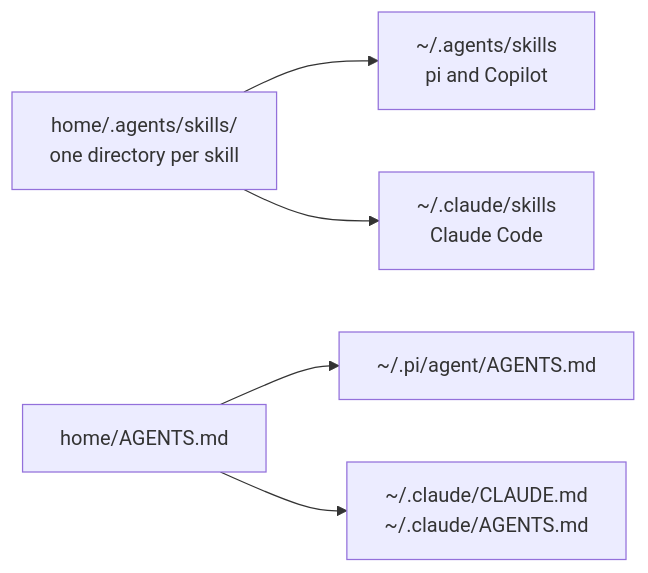
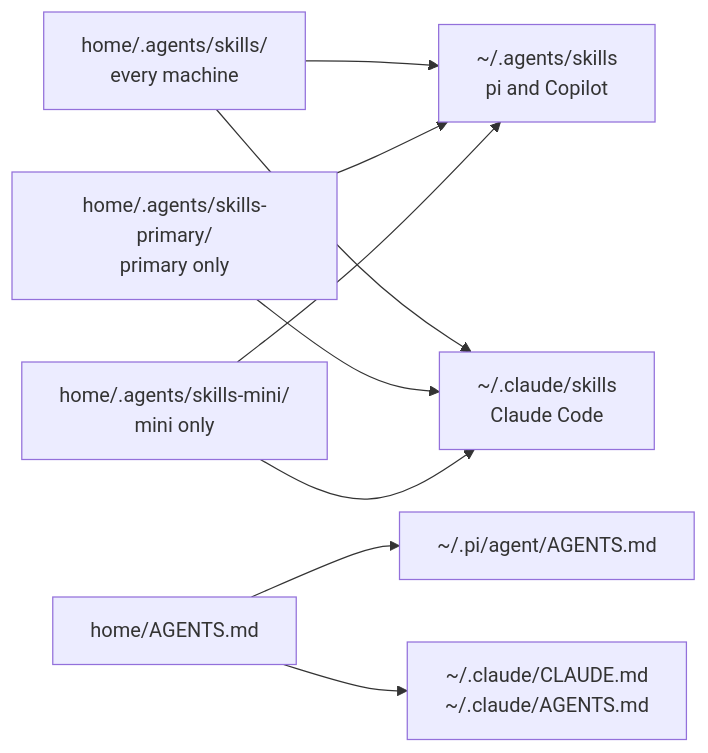
One commit to aditya-sathish-rao/agentic-dev-env changed the seventh of 10 diagrams in README.md. Above: the diagram before and after it, drawn with Mermaid. The commit also changed other lines of this file and 116 other files, not shown here.

Commit message:
added config file for laptop and mac mini added new skills (#2)

````diff
--- a/README.md
+++ b/README.md
@@ -381,7 +385,11 @@
 ```mermaid
 flowchart LR
-    SK["home/.agents/skills/<br/>one directory per skill"] --> A["~/.agents/skills<br/>pi and Copilot"]
+    SK["home/.agents/skills/<br/>every machine"] --> A["~/.agents/skills<br/>pi and Copilot"]
     SK --> B["~/.claude/skills<br/>Claude Code"]
+    SP["home/.agents/skills-primary/<br/>primary only"] --> A
+    SP --> B
+    SM["home/.agents/skills-mini/<br/>mini only"] --> A
+    SM --> B
     AG["home/AGENTS.md"] --> C["~/.pi/agent/AGENTS.md"]
     AG --> D["~/.claude/CLAUDE.md<br/>~/.claude/AGENTS.md"]
 ```
````
